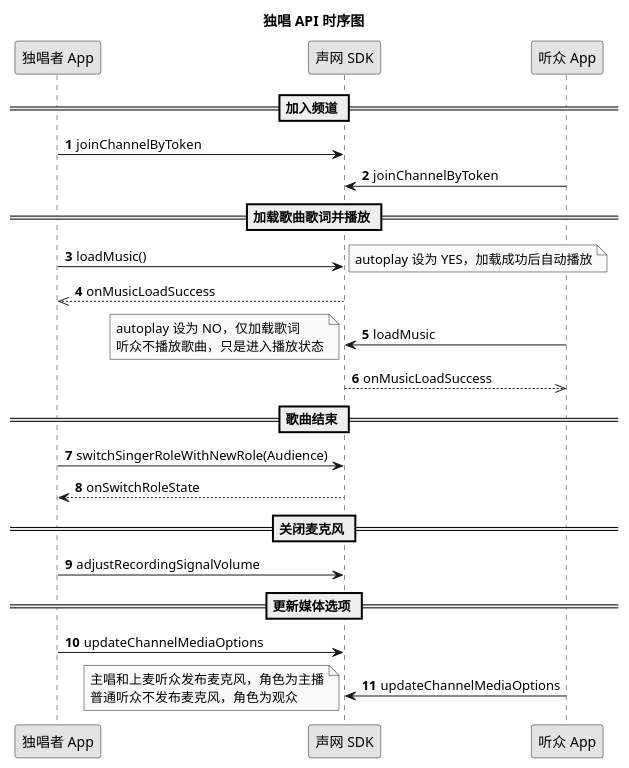
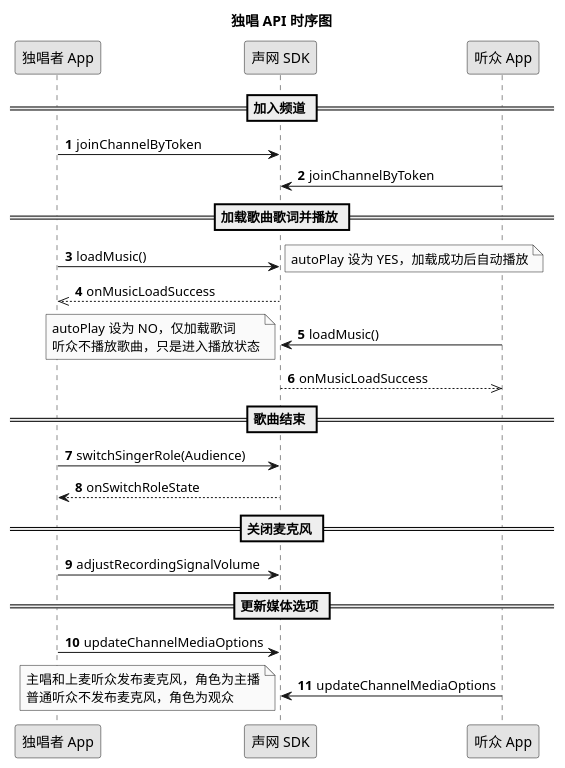
Before and after one commit to AgoraIO/agora_doc_source: the diagram in markdown/online-ktv/改进/场景化方案/iOS/实现文档/独唱.wsd, drawn with PlantUML. The commit also changed 7 other files, not shown here.

```diff
--- a/markdown/online-ktv/改进/场景化方案/iOS/实现文档/独唱.wsd
+++ b/markdown/online-ktv/改进/场景化方案/iOS/实现文档/独唱.wsd
@@ -1,35 +1,35 @@
 @startuml
 title 独唱 API 时序图
 autonumber
 skinparam monochrome true
 participant "独唱者 App" as a
 participant "声网 SDK" as b
 participant "听众 App" as c
 == 加入频道 ==
 a -> b: joinChannelByToken
 c -> b: joinChannelByToken
 == 加载歌曲歌词并播放 ==
 a -> b: loadMusic()
 note right
-autoplay 设为 YES，加载成功后自动播放
+autoPlay 设为 YES，加载成功后自动播放
 end note
 b -->> a: onMusicLoadSuccess
-c -> b: loadMusic
+c -> b: loadMusic()
 note left
-autoplay 设为 NO，仅加载歌词
+autoPlay 设为 NO，仅加载歌词
 听众不播放歌曲，只是进入播放状态
 end note
 b -->> c: onMusicLoadSuccess
 == 歌曲结束 ==
-a -> b: switchSingerRoleWithNewRole(Audience)
+a -> b: switchSingerRole(Audience)
 b --> a: onSwitchRoleState
 == 关闭麦克风 ==
 a -> b:adjustRecordingSignalVolume
 == 更新媒体选项 ==
 a -> b: updateChannelMediaOptions
 c -> b: updateChannelMediaOptions
 note left
 主唱和上麦听众发布麦克风，角色为主播
 普通听众不发布麦克风，角色为观众
 end note
 @enduml
```
